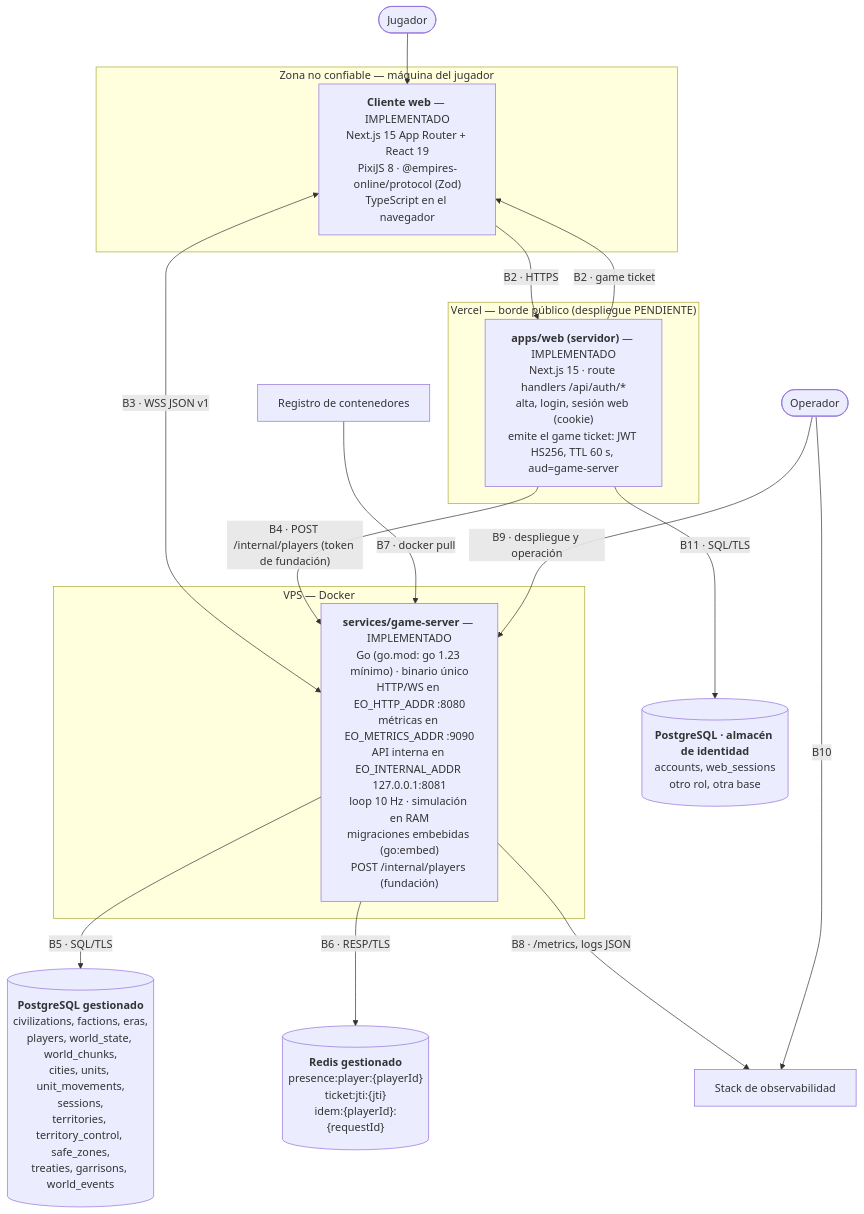
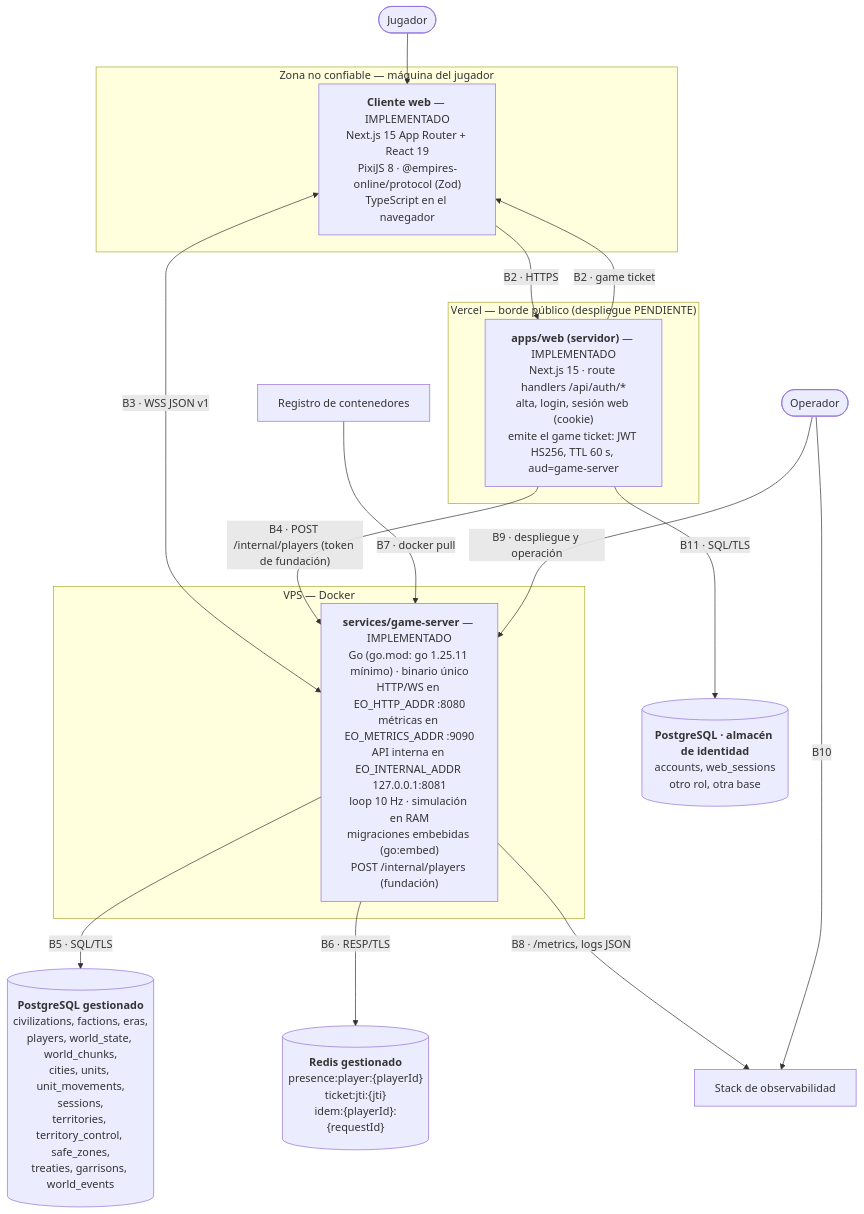
The second of 2 diagrams in docs/architecture/system-context.md (sonetlumiere-code/empires-online), drawn with Mermaid before and after one commit. The commit also changed 13 other files, not shown here.

````diff
--- a/docs/architecture/system-context.md
+++ b/docs/architecture/system-context.md
@@ -64,36 +64,36 @@
 ```mermaid
 flowchart TB
     PLAYER(["Jugador"])
     OPERATOR(["Operador"])
 
     subgraph untrusted["Zona no confiable — máquina del jugador"]
         SPA["<b>Cliente web</b> — IMPLEMENTADO<br/>Next.js 15 App Router + React 19<br/>PixiJS 8 · @empires-online/protocol (Zod)<br/>TypeScript en el navegador"]
     end
 
     subgraph edge["Vercel — borde público (despliegue PENDIENTE)"]
         NEXT["<b>apps/web (servidor)</b> — IMPLEMENTADO<br/>Next.js 15 · route handlers /api/auth/*<br/>alta, login, sesión web (cookie)<br/>emite el game ticket: JWT HS256, TTL 60 s, aud=game-server"]
     end
 
     subgraph vps["VPS — Docker"]
-        GS["<b>services/game-server</b> — IMPLEMENTADO<br/>Go (go.mod: go 1.23 mínimo) · binario único<br/>HTTP/WS en EO_HTTP_ADDR :8080<br/>métricas en EO_METRICS_ADDR :9090<br/>API interna en EO_INTERNAL_ADDR 127.0.0.1:8081<br/>loop 10 Hz · simulación en RAM<br/>migraciones embebidas (go:embed)<br/>POST /internal/players (fundación)"]
+        GS["<b>services/game-server</b> — IMPLEMENTADO<br/>Go (go.mod: go 1.25.11 mínimo) · binario único<br/>HTTP/WS en EO_HTTP_ADDR :8080<br/>métricas en EO_METRICS_ADDR :9090<br/>API interna en EO_INTERNAL_ADDR 127.0.0.1:8081<br/>loop 10 Hz · simulación en RAM<br/>migraciones embebidas (go:embed)<br/>POST /internal/players (fundación)"]
     end
 
     PG[("<b>PostgreSQL gestionado</b><br/>civilizations, factions, eras,<br/>players, world_state, world_chunks,<br/>cities, units, unit_movements,<br/>sessions,<br/>territories, territory_control, safe_zones,<br/>treaties, garrisons, world_events")]
     ID[("<b>PostgreSQL · almacén de identidad</b><br/>accounts, web_sessions<br/>otro rol, otra base")]
     RD[("<b>Redis gestionado</b><br/>presence:player:{playerId}<br/>ticket:jti:{jti}<br/>idem:{playerId}:{requestId}")]
     REG["Registro de contenedores"]
     OBS["Stack de observabilidad"]
 
     PLAYER --> SPA
     SPA -->|"B2 · HTTPS"| NEXT
     NEXT -->|"B2 · game ticket"| SPA
     SPA <-->|"B3 · WSS JSON v1"| GS
     NEXT -->|"B4 · POST /internal/players (token de fundación)"| GS
     NEXT -->|"B11 · SQL/TLS"| ID
     GS -->|"B5 · SQL/TLS"| PG
     GS -->|"B6 · RESP/TLS"| RD
     REG -->|"B7 · docker pull"| GS
     GS -->|"B8 · /metrics, logs JSON"| OBS
     OPERATOR -->|"B9 · despliegue y operación"| GS
     OPERATOR -->|"B10"| OBS
 ```
````
